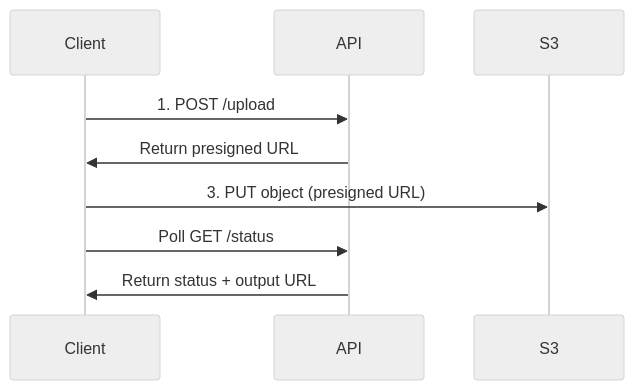
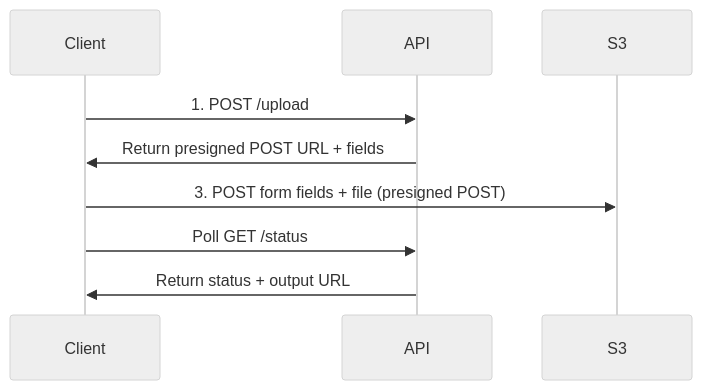
Before and after one commit to Valken/image-processor: the second of 2 diagrams in docs/design.md, drawn with Mermaid (neutral theme). The commit also changed other lines of this file, not shown here.

First line of the commit message:
docs: Record handler layout and presigned POST upload decisions

````diff
--- a/docs/design.md
+++ b/docs/design.md
@@ -107,16 +165,16 @@
 ```mermaid
 sequenceDiagram
     participant Client
     participant API
     participant S3
 
 
     Client->>API: 1. POST /upload
-    API->>Client: Return presigned URL
+    API->>Client: Return presigned POST URL + fields
 
-    Client->>S3: 3. PUT object (presigned URL)
+    Client->>S3: 3. POST form fields + file (presigned POST)
 
     Client->>API: Poll GET /status
     API->>Client: Return status + output URL
 
 ```
````
